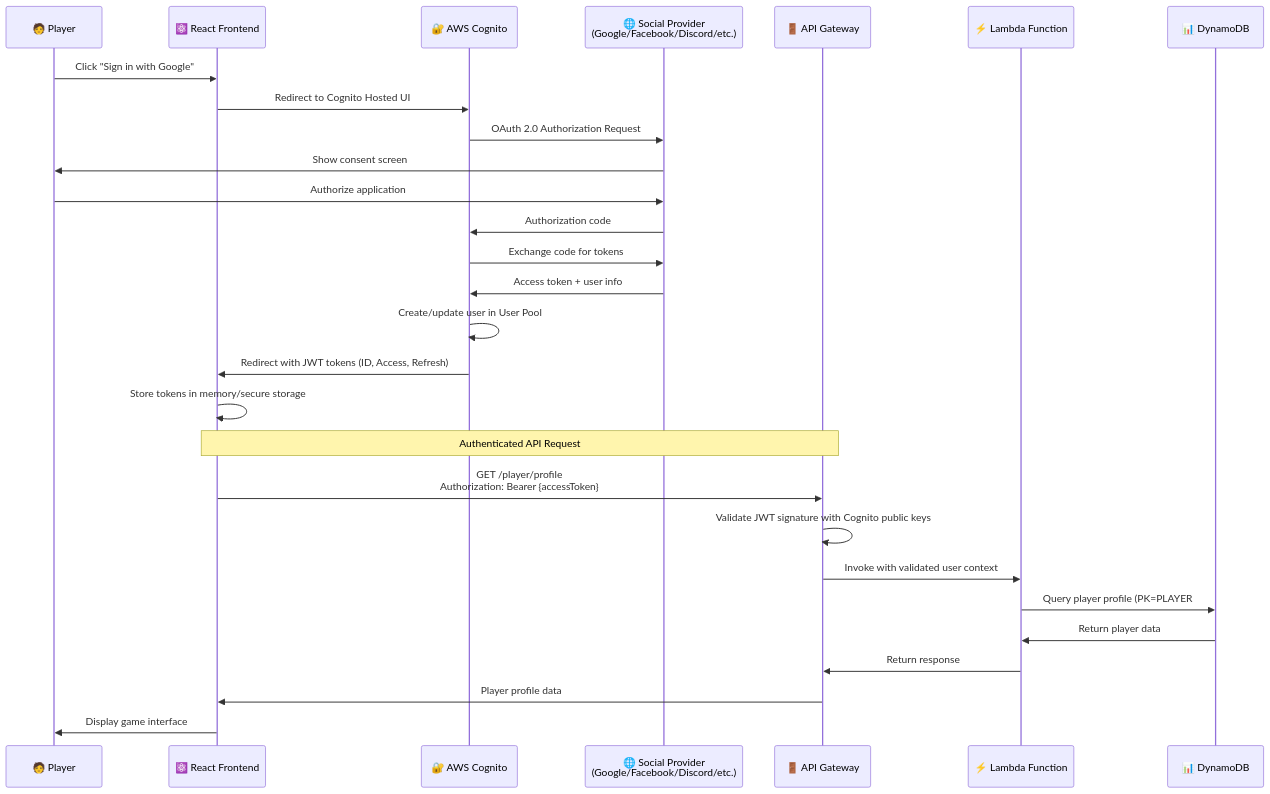
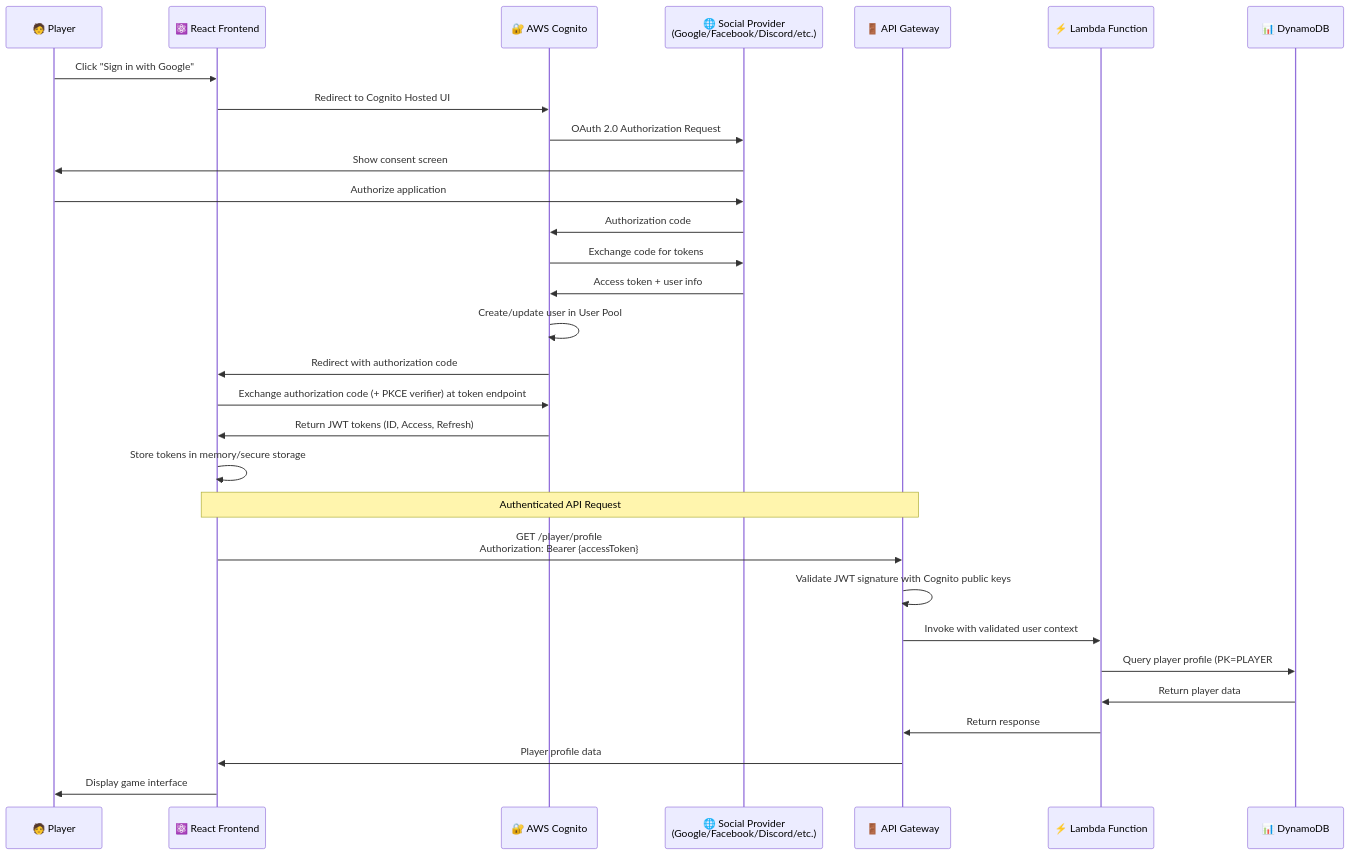
The third of 15 diagrams in FUTURE_ARCHITECTURE.md (Hack23/blacktrigram), drawn with Mermaid before and after one commit. The commit also changed other lines of this file, not shown here.

First line of the commit message:
fix(docs): Fix VPC endpoint costs, OAuth flow, architecture reconciliation, C4 diagram labels

````diff
--- a/FUTURE_ARCHITECTURE.md
+++ b/FUTURE_ARCHITECTURE.md
@@ -624,33 +627,35 @@
 ```mermaid
 sequenceDiagram
     participant Player as 🧑 Player
     participant Frontend as ⚛️ React Frontend
     participant Cognito as 🔐 AWS Cognito
     participant SocialProvider as 🌐 Social Provider<br/>(Google/Facebook/Discord/etc.)
     participant API as 🚪 API Gateway
     participant Lambda as ⚡ Lambda Function
     participant DynamoDB as 📊 DynamoDB
 
     Player->>Frontend: Click "Sign in with Google"
     Frontend->>Cognito: Redirect to Cognito Hosted UI
     Cognito->>SocialProvider: OAuth 2.0 Authorization Request
     SocialProvider->>Player: Show consent screen
     Player->>SocialProvider: Authorize application
     SocialProvider->>Cognito: Authorization code
     Cognito->>SocialProvider: Exchange code for tokens
     SocialProvider->>Cognito: Access token + user info
     Cognito->>Cognito: Create/update user in User Pool
-    Cognito->>Frontend: Redirect with JWT tokens (ID, Access, Refresh)
+    Cognito->>Frontend: Redirect with authorization code
+    Frontend->>Cognito: Exchange authorization code (+ PKCE verifier) at token endpoint
+    Cognito->>Frontend: Return JWT tokens (ID, Access, Refresh)
     Frontend->>Frontend: Store tokens in memory/secure storage
     
     Note over Frontend,API: Authenticated API Request
     
     Frontend->>API: GET /player/profile<br/>Authorization: Bearer {accessToken}
     API->>API: Validate JWT signature with Cognito public keys
     API->>Lambda: Invoke with validated user context
     Lambda->>DynamoDB: Query player profile (PK=PLAYER#{userId})
     DynamoDB->>Lambda: Return player data
     Lambda->>API: Return response
     API->>Frontend: Player profile data
     Frontend->>Player: Display game interface
 ```
````
